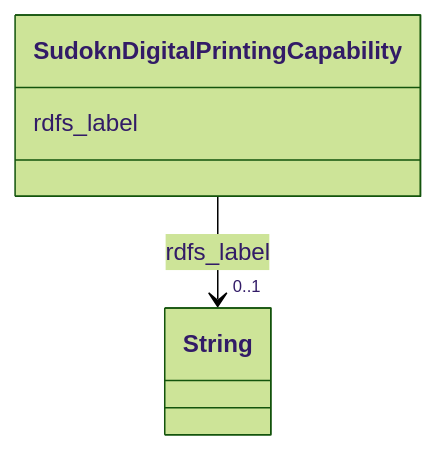
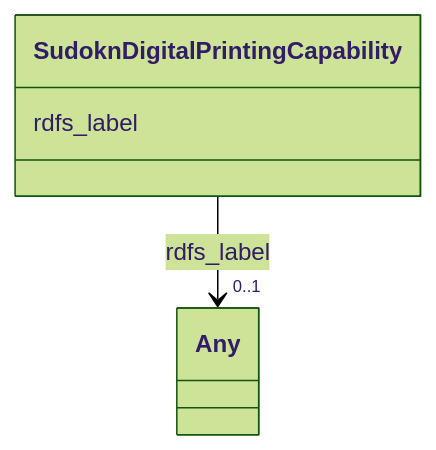
One commit to frink-okn/graph-descriptions changed the diagram in sudokn-kg/classes/SudoknDigitalPrintingCapability.md. Above: the diagram before and after it, drawn with Mermaid (forest theme). The commit also changed other lines of this file and 903 other files, not shown here.

````diff
--- a/sudokn-kg/classes/SudoknDigitalPrintingCapability.md
+++ b/sudokn-kg/classes/SudoknDigitalPrintingCapability.md
@@ -23,15 +18,15 @@
 ```mermaid
  classDiagram
     class SudoknDigitalPrintingCapability
     click SudoknDigitalPrintingCapability href "../SudoknDigitalPrintingCapability"
       SudoknDigitalPrintingCapability : rdfs_label
         
           
     
     
-    SudoknDigitalPrintingCapability --> "0..1" String : rdfs_label
-    click String href "../String"
+    SudoknDigitalPrintingCapability --> "0..1" Any : rdfs_label
+    click Any href "../Any"
 
         
       
 ```
````
